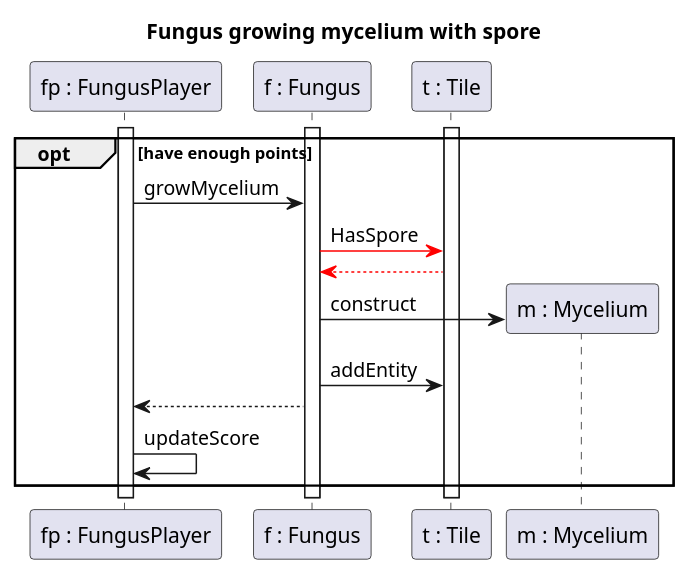
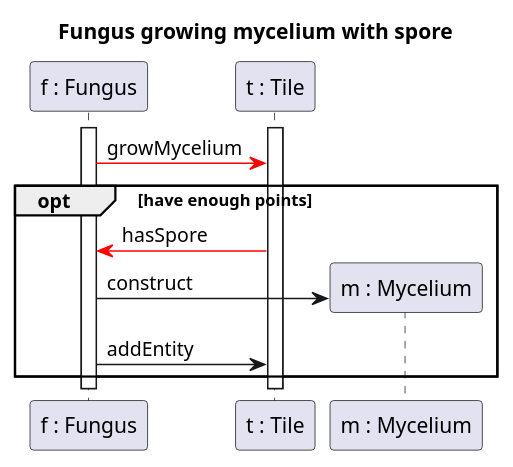
One commit to Klastiv/Projlab_nullpointerexception changed the diagram in diagrams/diagramFiles/SQ_FungusGrowthWithSpore.puml. Above: the diagram before and after it, drawn with PlantUML. The commit also changed 1 other file, not shown here.

```diff
--- a/diagrams/diagramFiles/SQ_FungusGrowthWithSpore.puml
+++ b/diagrams/diagramFiles/SQ_FungusGrowthWithSpore.puml
@@ -1,26 +1,22 @@
 @startuml Fungus growth with spore
 
 title Fungus growing mycelium with spore
 
-participant "fp : FungusPlayer" as Fp
 participant "f : Fungus" as F
 participant "t : Tile" as T
 participant "m : Mycelium" as M
 
-activate Fp
 activate F
 activate T
 
+
+F-[#red]>T : growMycelium
 opt have enough points
-Fp -> F : growMycelium
-F-[#red]>T : HasSpore
-T -[#red]-> F
+T -[#red]> F : hasSpore
 F -> M ** : construct
 F -> T : addEntity
-F --> Fp
-Fp -> Fp : updateScore
 
 end
 
 
 @enduml
```
